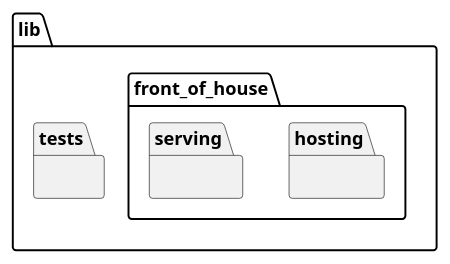
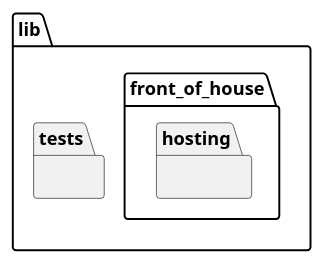
One commit to maxmallz/restaurants changed the diagram in modules.puml. Above: the diagram before and after it, drawn with PlantUML. The commit also changed 12 other files, not shown here.

```diff
--- a/modules.puml
+++ b/modules.puml
@@ -1,12 +1,10 @@
 @startuml
 package "lib" {
-  package "tests" {
-  }
   package "front_of_house" {
     package "hosting" {
     }
-    package "serving" {
-    }
+  }
+  package "tests" {
   }
 }
 @enduml
```
